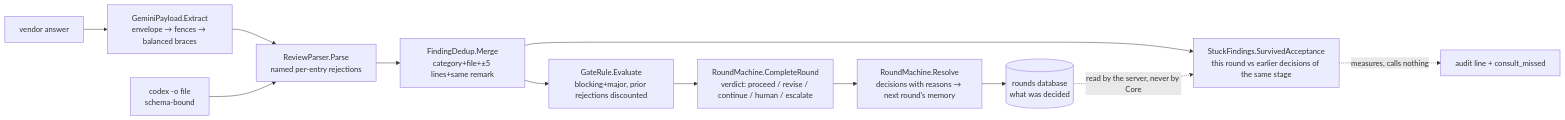
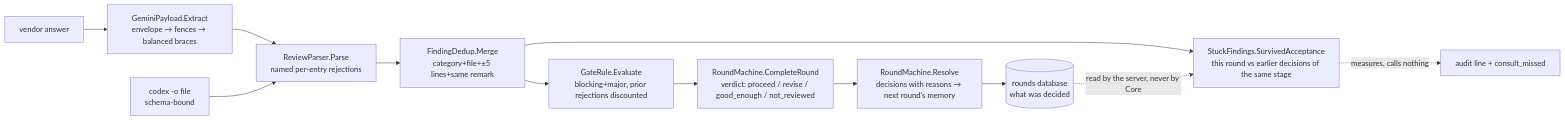
One commit to oleksandrdubyna88/dew_flow_connect_other_ais changed the first of 7 diagrams in research/module_core.md. Above: the diagram before and after it, drawn with Mermaid. The commit also changed other lines of this file and 1025 other files, not shown here.

````diff
--- a/research/module_core.md
+++ b/research/module_core.md
@@ -22,14 +32,14 @@
 ```mermaid
 flowchart LR
   raw[vendor answer] --> GP[GeminiPayload.Extract\nenvelope → fences → balanced braces]
   GP --> RP[ReviewParser.Parse\nnamed per-entry rejections]
   raw2[codex -o file\nschema-bound] --> RP
   RP --> DD[FindingDedup.Merge\ncategory+file+±5 lines+same remark]
   DD --> GR[GateRule.Evaluate\nblocking+major, prior rejections discounted]
-  GR --> RM[RoundMachine.CompleteRound\nverdict: proceed / revise / continue / human / escalate]
+  GR --> RM[RoundMachine.CompleteRound\nverdict: proceed / revise / good_enough / not_reviewed]
   RM --> RES[RoundMachine.Resolve\ndecisions with reasons → next round's memory]
   RES --> DB[(rounds database\nwhat was decided)]
   DD --> SF[StuckFindings.SurvivedAcceptance\nthis round vs earlier decisions of the same stage]
   DB -. read by the server, never by Core .-> SF
   SF -. measures, calls nothing .-> AU[audit line + consult_missed]
 ```
````
